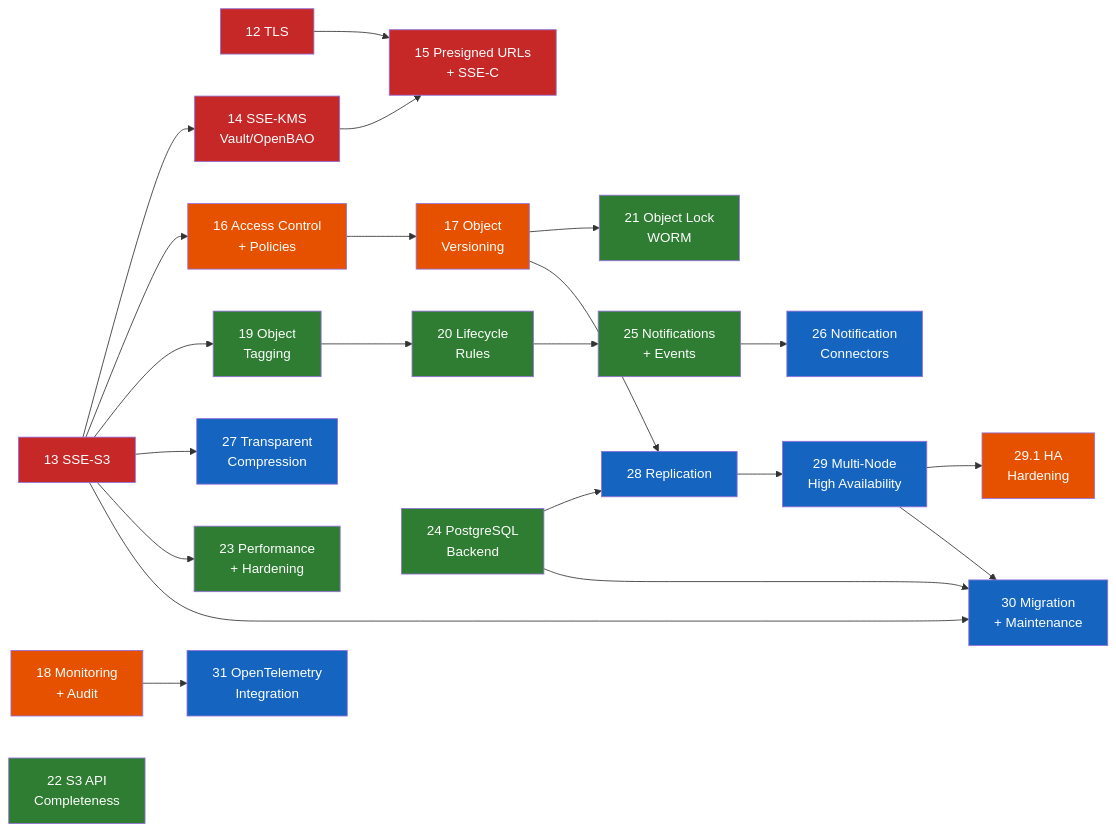
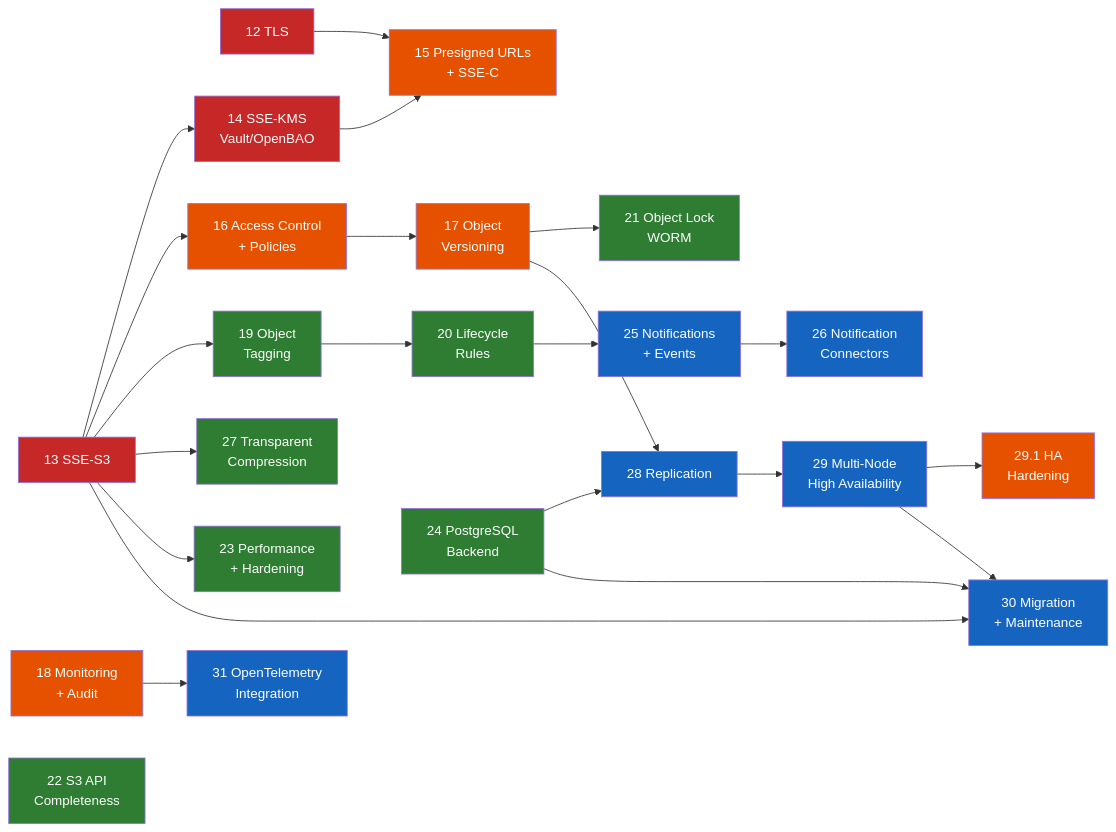
Before and after one commit to dxc-technology/arca: the diagram in documentation/docs/roadmap.md, drawn with Mermaid. The commit also changed 4 other files, not shown here.

First line of the commit message:
docs: phase colours in the roadmap graph follow the phase priorities

````diff
--- a/documentation/docs/roadmap.md
+++ b/documentation/docs/roadmap.md
@@ -75,48 +75,48 @@
 ```mermaid
 graph LR
     12["12 TLS"] --> 15["15 Presigned URLs\n+ SSE-C"]
     13["13 SSE-S3"] --> 14["14 SSE-KMS\nVault/OpenBAO"]
     14 --> 15
     13 --> 16["16 Access Control\n+ Policies"]
     13 --> 19["19 Object\nTagging"]
     19 --> 20["20 Lifecycle\nRules"]
     16 --> 17["17 Object\nVersioning"]
     17 --> 21["21 Object Lock\nWORM"]
     20 --> 25["25 Notifications\n+ Events"]
     25 --> 26["26 Notification\nConnectors"]
     13 --> 27["27 Transparent\nCompression"]
     17 --> 28["28 Replication"]
     13 --> 23["23 Performance\n+ Hardening"]
     24["24 PostgreSQL\nBackend"] --> 28
     28 --> 29["29 Multi-Node\nHigh Availability"]
     29 --> H291["29.1 HA\nHardening"]
     29 --> 30["30 Migration\n+ Maintenance"]
     13 --> 30
     24 --> 30
     18 --> 31["31 OpenTelemetry\nIntegration"]
 
     style 12 fill:#c62828,color:#fff
     style 13 fill:#c62828,color:#fff
     style 14 fill:#c62828,color:#fff
-    style 15 fill:#c62828,color:#fff
+    style 15 fill:#e65100,color:#fff
     style 16 fill:#e65100,color:#fff
     style 17 fill:#e65100,color:#fff
     style 18 fill:#e65100,color:#fff
     style 19 fill:#2e7d32,color:#fff
     style 20 fill:#2e7d32,color:#fff
     style 21 fill:#2e7d32,color:#fff
     style 22 fill:#2e7d32,color:#fff
     style 23 fill:#2e7d32,color:#fff
     style 24 fill:#2e7d32,color:#fff
-    style 25 fill:#2e7d32,color:#fff
+    style 25 fill:#1565c0,color:#fff
     style 26 fill:#1565c0,color:#fff
-    style 27 fill:#1565c0,color:#fff
+    style 27 fill:#2e7d32,color:#fff
     style 28 fill:#1565c0,color:#fff
     style 29 fill:#1565c0,color:#fff
     style H291 fill:#e65100,color:#fff
     style 30 fill:#1565c0,color:#fff
     style 31 fill:#1565c0,color:#fff
 
     18["18 Monitoring\n+ Audit"]
     22["22 S3 API\nCompleteness"]
 ```
````
